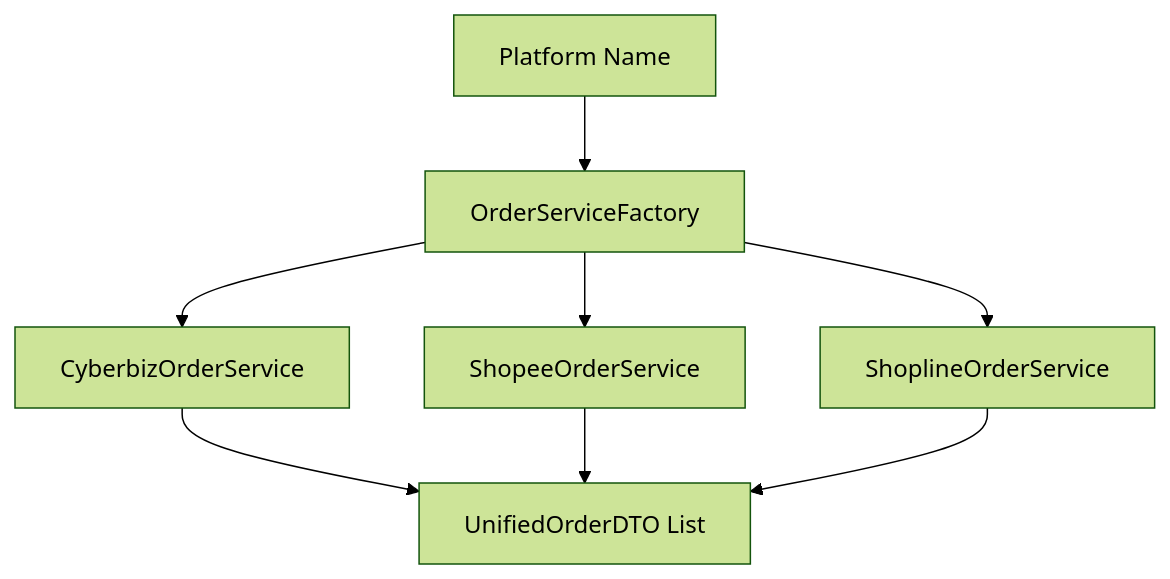
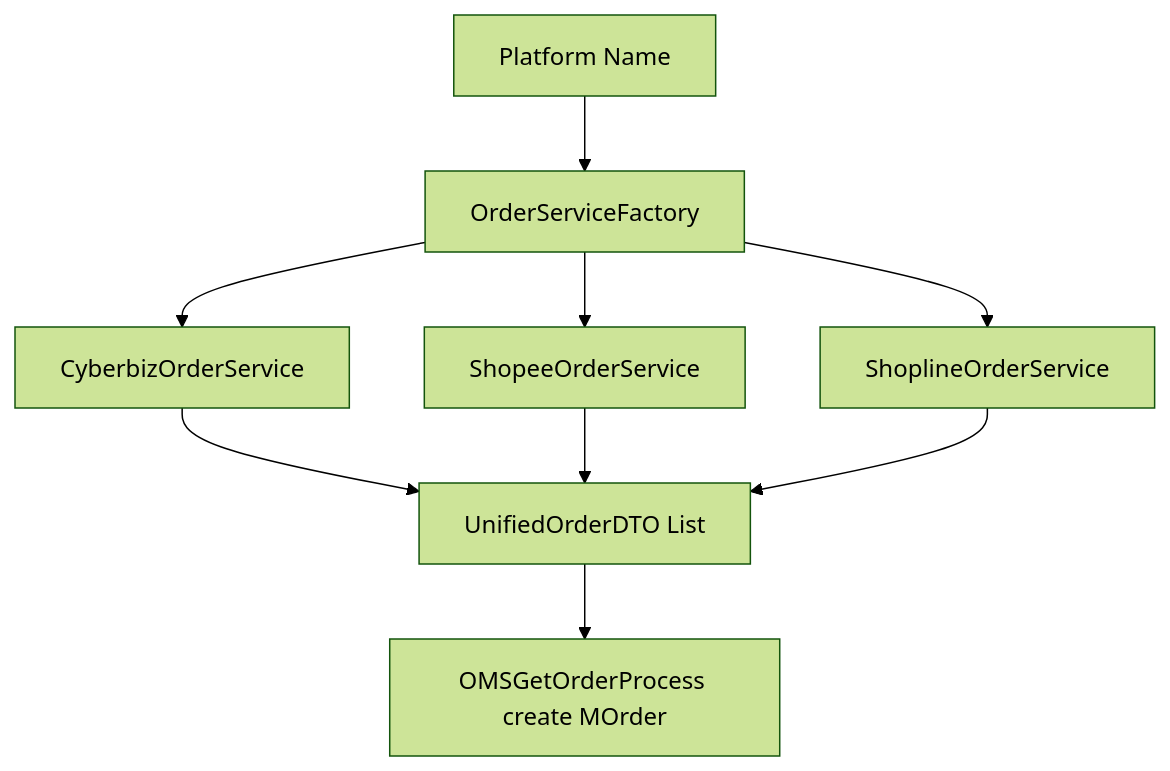
One commit to tm731531/idempiere-oms changed the diagram in docs/developer.md. Above: the diagram before and after it, drawn with Mermaid (forest theme).

````diff
--- a/docs/developer.md
+++ b/docs/developer.md
@@ -10,8 +10,9 @@
 ```mermaid
 flowchart TD
     A[Platform Name] --> B[OrderServiceFactory]
     B --> C1[CyberbizOrderService]
     B --> C2[ShopeeOrderService]
     B --> C3[ShoplineOrderService]
     C1 & C2 & C3 --> D[UnifiedOrderDTO List]
+    D --> E[OMSGetOrderProcess create MOrder]
 ```
````
